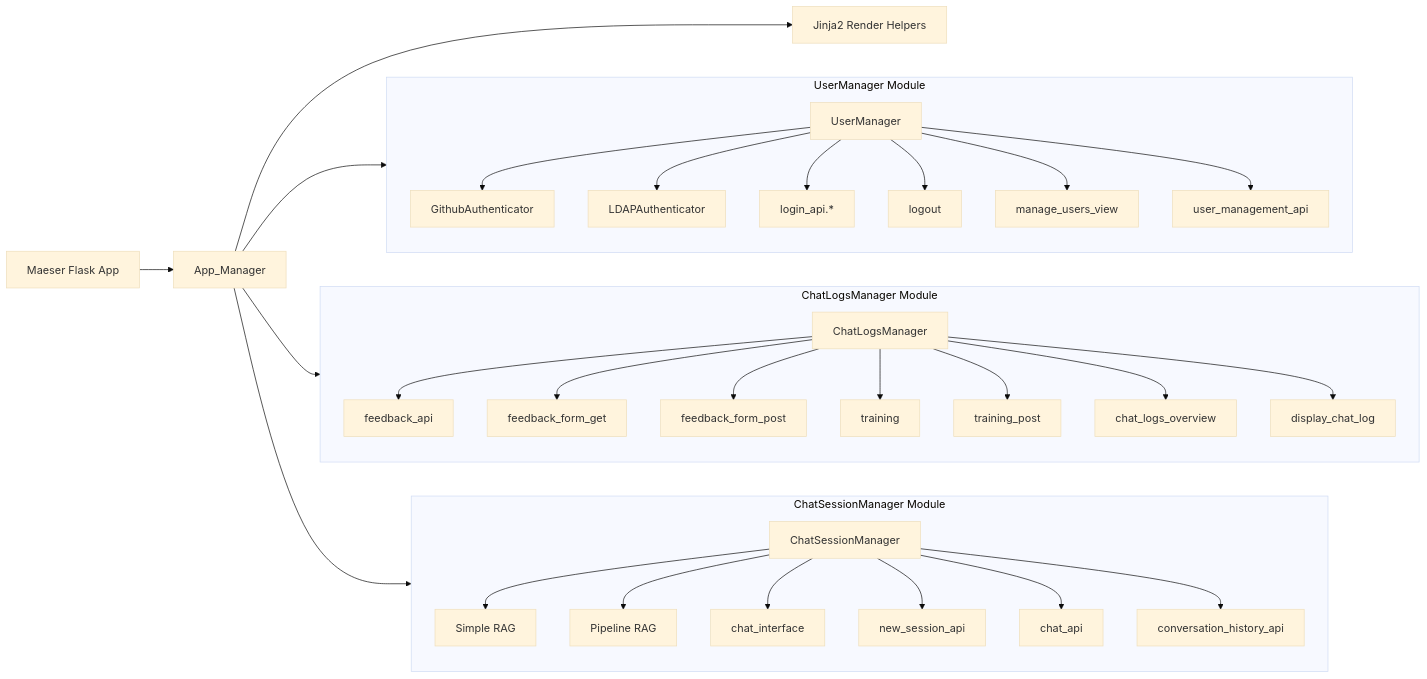
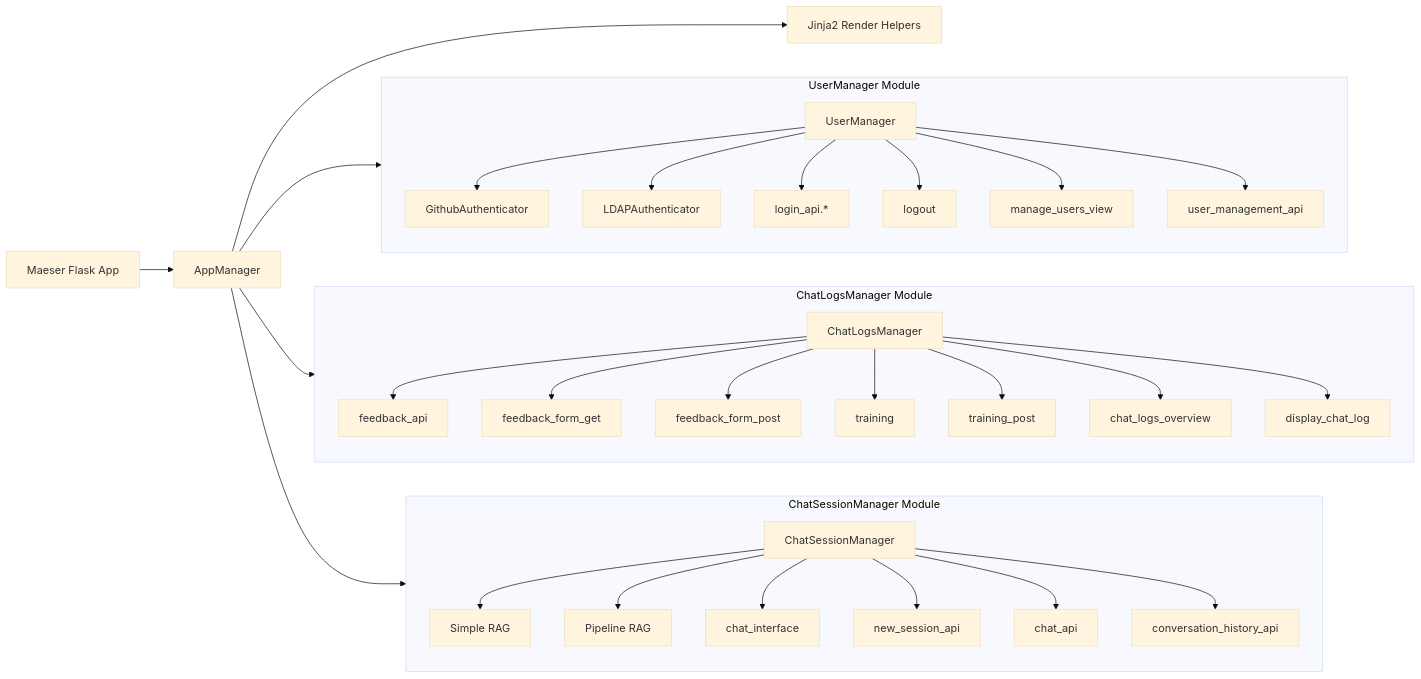
The diagram in sphinx-docs/development/architecture.md (byu-cpe/Maeser), drawn with Mermaid (base theme) before and after one commit. The commit also changed other lines of this file and 3 other files, not shown here.

Commit message:
Rename App_Manager to AppManager in documentation

````diff
--- a/sphinx-docs/development/architecture.md
+++ b/sphinx-docs/development/architecture.md
@@ -5,49 +5,49 @@
 ```{mermaid}
 flowchart LR
   %% Root Flask orchestrator
-  A0["Maeser Flask App"] --> A1["App_Manager"]
+  A0["Maeser Flask App"] --> A1["AppManager"]
 
   %% ChatSessionManager Module
   subgraph ChatModule["ChatSessionManager Module"]
     direction TB
     B0["ChatSessionManager"]
     B0 --> B1["Simple RAG"]
     B0 --> B2["Pipeline RAG"]
     B0 --> B3["chat_interface"]
     B0 --> B4["new_session_api"]
     B0 --> B5["chat_api"]
     B0 --> B6["conversation_history_api"]
   end
   A1 --> B0
 
   %% ChatLogsManager Module
   subgraph LogsModule["ChatLogsManager Module"]
     direction TB
     E0["ChatLogsManager"]
     E0 --> E1["feedback_api"]
     E0 --> E2["feedback_form_get"]
     E0 --> E3["feedback_form_post"]
     E0 --> E4["training"]
     E0 --> E5["training_post"]
     E0 --> E6["chat_logs_overview"]
     E0 --> E7["display_chat_log"]
   end
   A1 --> E0
 
   %% UserManager Module
   subgraph UserModule["UserManager Module"]
     direction TB
     C0["UserManager"]
     C0 --> C1["GithubAuthenticator"]
     C0 --> C2["LDAPAuthenticator"]
     C0 --> C3["login_api.*"]
     C0 --> C4["logout"]
     C0 --> C5["manage_users_view"]
     C0 --> C6["user_management_api"]
   end
   A1 --> C0
 
   %% Jinja2 helpers
   A1 --> D0["Jinja2 Render Helpers"]
 
 ```
````
